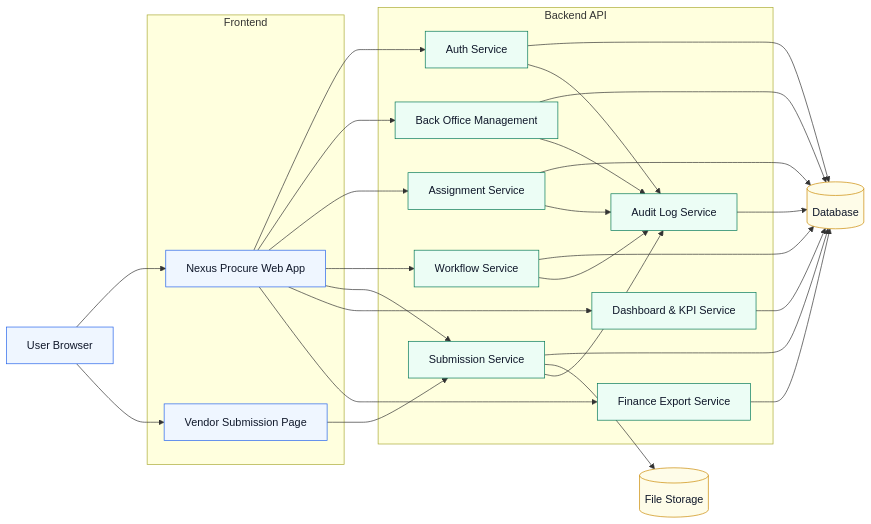
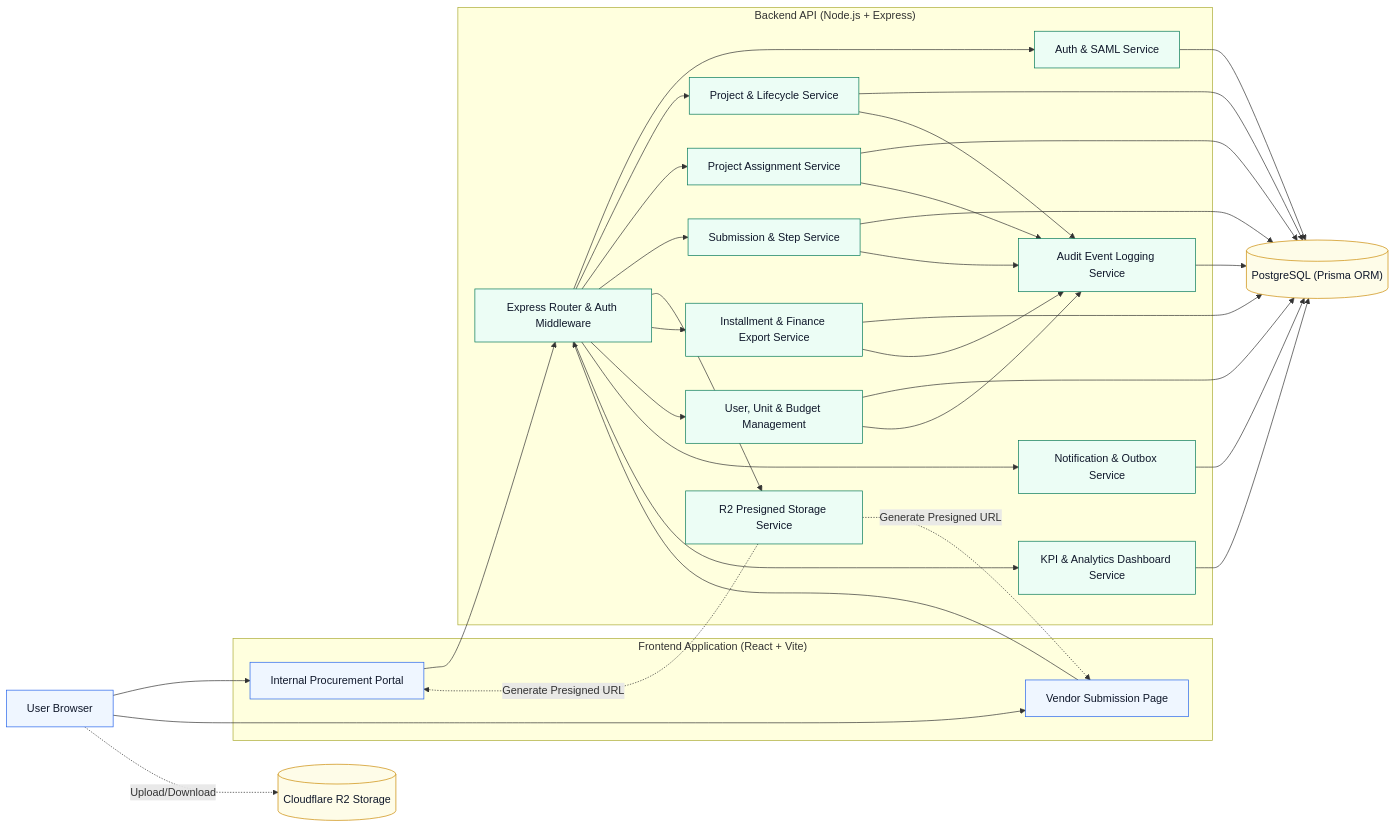
One commit to capmoo-capstone/report changed the diagram in report-diagrams/12-component-diagram.mmd. Above: the diagram before and after it, drawn with Mermaid. The commit also changed 7 other files, not shown here.

Commit message:
update diagrams

```diff
--- a/report-diagrams/12-component-diagram.mmd
+++ b/report-diagrams/12-component-diagram.mmd
@@ -1,52 +1,66 @@
 flowchart LR
-    %% Component Diagram
+    %% NexusProcure - Component Diagram
     classDef ui fill:#eff6ff,stroke:#2563eb,color:#0f172a;
     classDef service fill:#ecfdf5,stroke:#047857,color:#0f172a;
     classDef external fill:#f8fafc,stroke:#64748b,color:#0f172a;
     classDef storage fill:#fefce8,stroke:#ca8a04,color:#0f172a;
 
     Browser["User Browser"]:::ui
 
-    subgraph Frontend["Frontend"]
-        WebApp["Nexus Procure Web App"]:::ui
+    subgraph Frontend["Frontend Application (React + Vite)"]
+        WebApp["Internal Procurement Portal"]:::ui
         VendorPage["Vendor Submission Page"]:::ui
     end
 
-    subgraph Backend["Backend API"]
-        Auth["Auth Service"]:::service
-        BackOffice["Back Office Management"]:::service
-        Assignment["Assignment Service"]:::service
-        Workflow["Workflow Service"]:::service
-        Submission["Submission Service"]:::service
-        Audit["Audit Log Service"]:::service
-        Dashboard["Dashboard & KPI Service"]:::service
-        Finance["Finance Export Service"]:::service
+    subgraph Backend["Backend API (Node.js + Express)"]
+        APIGateway["Express Router & Auth Middleware"]:::service
+        AuthService["Auth & SAML Service"]:::service
+        ProjectService["Project & Lifecycle Service"]:::service
+        AssignmentService["Project Assignment Service"]:::service
+        SubmissionService["Submission & Step Service"]:::service
+        StorageService["R2 Presigned Storage Service"]:::service
+        InstallmentService["Installment & Finance Export Service"]:::service
+        AdminService["User, Unit & Budget Management"]:::service
+        NotificationService["Notification & Outbox Service"]:::service
+        AuditService["Audit Event Logging Service"]:::service
+        KPIService["KPI & Analytics Dashboard Service"]:::service
     end
 
-    DB[("Database")]:::storage
-    Files[("File Storage")]:::storage
+    DB[("PostgreSQL (Prisma ORM)")]:::storage
+    R2Storage[("Cloudflare R2 Storage")]:::storage
 
     Browser --> WebApp
     Browser --> VendorPage
-    WebApp --> Auth
-    WebApp --> BackOffice
-    WebApp --> Assignment
-    WebApp --> Workflow
-    WebApp --> Submission
-    WebApp --> Dashboard
-    WebApp --> Finance
-    Auth --> DB
-    BackOffice --> DB
-    Assignment --> DB
-    Workflow --> DB
-    Submission --> DB
-    Submission --> Files
-    Dashboard --> DB
-    Finance --> DB
-    Audit --> DB
-    Auth --> Audit
-    Assignment --> Audit
-    Workflow --> Audit
-    Submission --> Audit
-    VendorPage --> Submission
-    BackOffice --> Audit
+
+    WebApp --> APIGateway
+    VendorPage --> APIGateway
+
+    APIGateway --> AuthService
+    APIGateway --> ProjectService
+    APIGateway --> AssignmentService
+    APIGateway --> SubmissionService
+    APIGateway --> StorageService
+    APIGateway --> InstallmentService
+    APIGateway --> AdminService
+    APIGateway --> NotificationService
+    APIGateway --> KPIService
+
+    StorageService -.->|Generate Presigned URL| WebApp
+    StorageService -.->|Generate Presigned URL| VendorPage
+    Browser -.->|Upload/Download| R2Storage
+
+    AuthService --> DB
+    ProjectService --> DB
+    AssignmentService --> DB
+    SubmissionService --> DB
+    InstallmentService --> DB
+    AdminService --> DB
+    NotificationService --> DB
+    KPIService --> DB
+    AuditService --> DB
+
+    ProjectService --> AuditService
+    AssignmentService --> AuditService
+    SubmissionService --> AuditService
+    InstallmentService --> AuditService
+    AdminService --> AuditService
```
